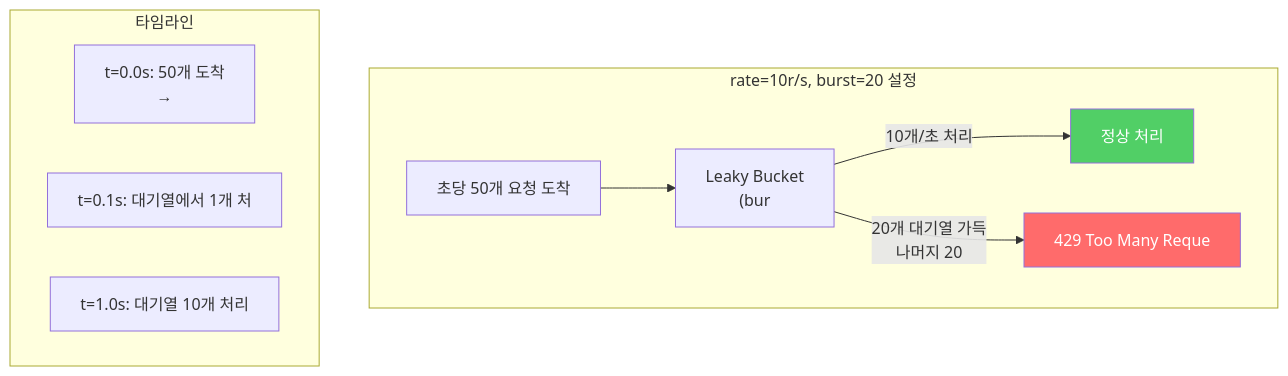
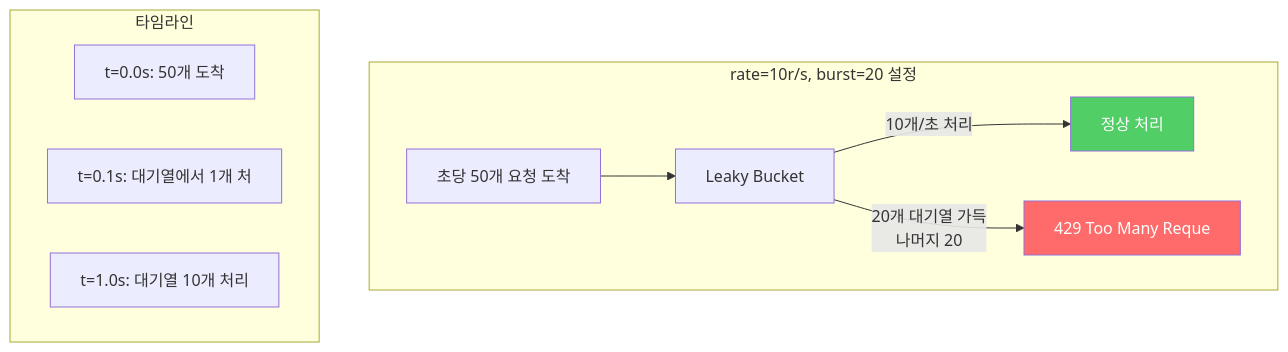
Before and after one commit to yjkim2015/yjkim2015.github.io: diagram 15 of 18 in _posts/server/2026-05-01-nginx.md, drawn with Mermaid. The commit also changed other lines of this file and 217 other files, not shown here.

First line of the commit message:
Mermaid 크기 수정: useMaxWidth:true + SVG max-width:100% + 라벨 축소

````diff
--- a/_posts/server/2026-05-01-nginx.md
+++ b/_posts/server/2026-05-01-nginx.md
@@ -695,15 +695,15 @@
 ```mermaid
 graph TD
     subgraph "rate=10r/s, burst=20 설정"
-        REQ["초당 50개 요청 도착"] --> BUCKET["Leaky Bucket\n(bur"]
+        REQ["초당 50개 요청 도착"] --> BUCKET["Leaky Bucket"]
         BUCKET -->|"10개/초 처리"| PROCESS["정상 처리"]
         BUCKET -->|"20개 대기열 가득\n나머지 20"| REJECT["429 Too Many Reque"]
     end
     subgraph "타임라인"
-        T1["t=0.0s: 50개 도착\n→"]
+        T1["t=0.0s: 50개 도착"]
         T2["t=0.1s: 대기열에서 1개 처"]
         T3["t=1.0s: 대기열 10개 처리"]
     end
     style REJECT fill:#ff6b6b,color:#fff
     style PROCESS fill:#51cf66,color:#fff
 ```
````
